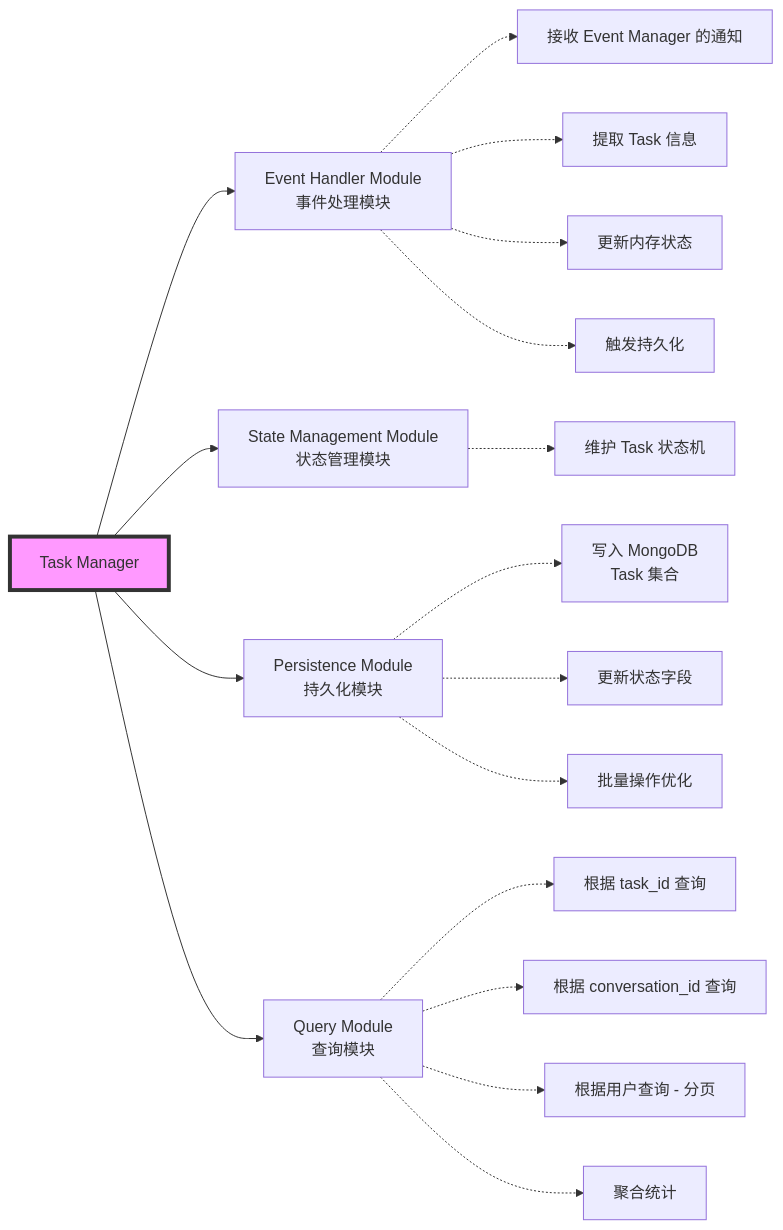
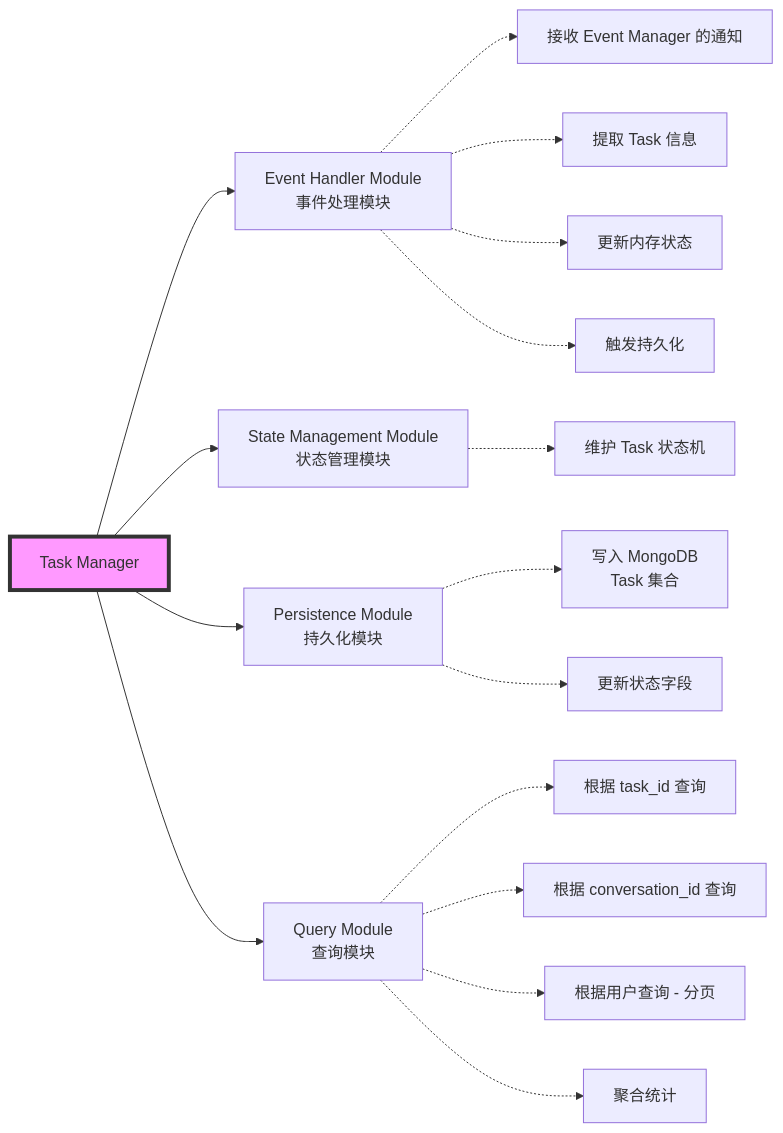
Before and after one commit to yingjianzh/iodraw-files: the diagram in all/未命名-10.md, drawn with Mermaid.

Commit message:
2025-12-24 18:03:51 update

````diff
--- a/all/未命名-10.md
+++ b/all/未命名-10.md
@@ -1,27 +1,27 @@
 ```mermaid
 graph LR
     TM[Task Manager]
     
     TM --> EHM[Event Handler Module<br/>事件处理模块]
     TM --> SMM[State Management Module<br/>状态管理模块]
     TM --> PM[Persistence Module<br/>持久化模块]
     TM --> QM[Query Module<br/>查询模块]
     
     EHM -.-> EHM1[接收 Event Manager 的通知]
     EHM -.-> EHM2[提取 Task 信息]
     EHM -.-> EHM3[更新内存状态]
     EHM -.-> EHM4[触发持久化]
     
     SMM -.-> SMM1[维护 Task 状态机]
 
     PM -.-> PM1[写入 MongoDB<br/>Task 集合]
     PM -.-> PM3[更新状态字段]
-    PM -.-> PM4[批量操作优化]
+
     
     QM -.-> QM1[根据 task_id 查询]
     QM -.-> QM2[根据 conversation_id 查询]
     QM -.-> QM3[根据用户查询 - 分页]
     QM -.-> QM4[聚合统计]
     
     style TM fill:#f9f,stroke:#333,stroke-width:4px
 ```
````
